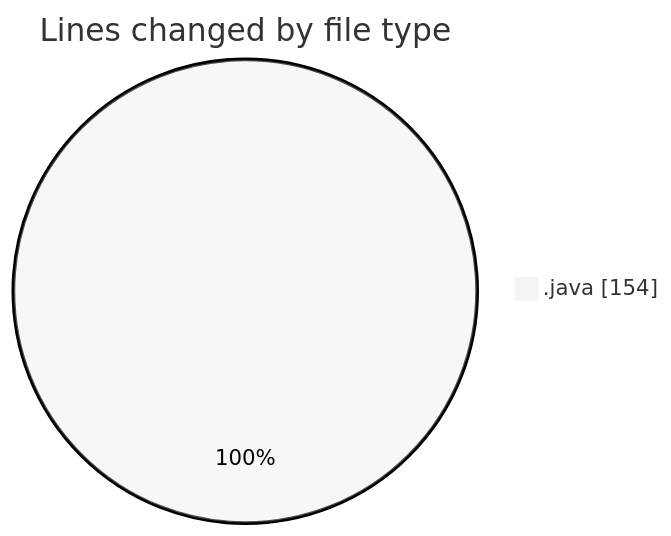
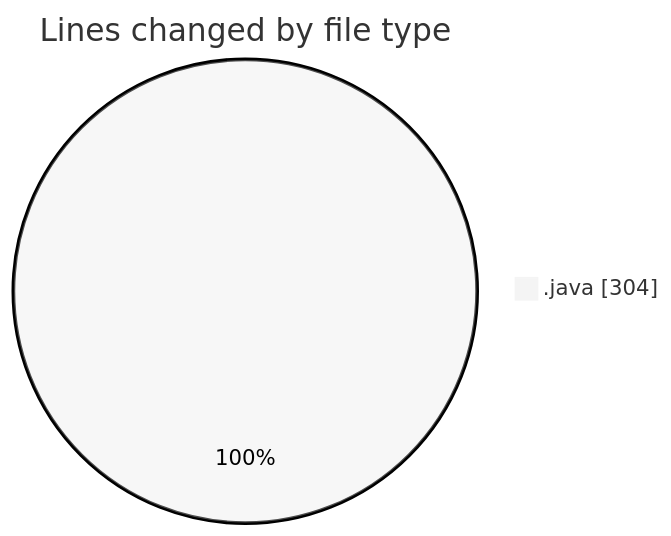
One commit to Elitesun/code-tracking changed the first of 2 diagrams in 2025-02-20/projet/README.md. Above: the diagram before and after it, drawn with Mermaid (neutral theme). The commit also changed other lines of this file and 1 other file, not shown here.

````diff
--- a/2025-02-20/projet/README.md
+++ b/2025-02-20/projet/README.md
@@ -20,5 +21,5 @@
 ```mermaid
 pie showData
 title Lines changed by file type
-".java" : 154
+".java" : 304
 ```
````
